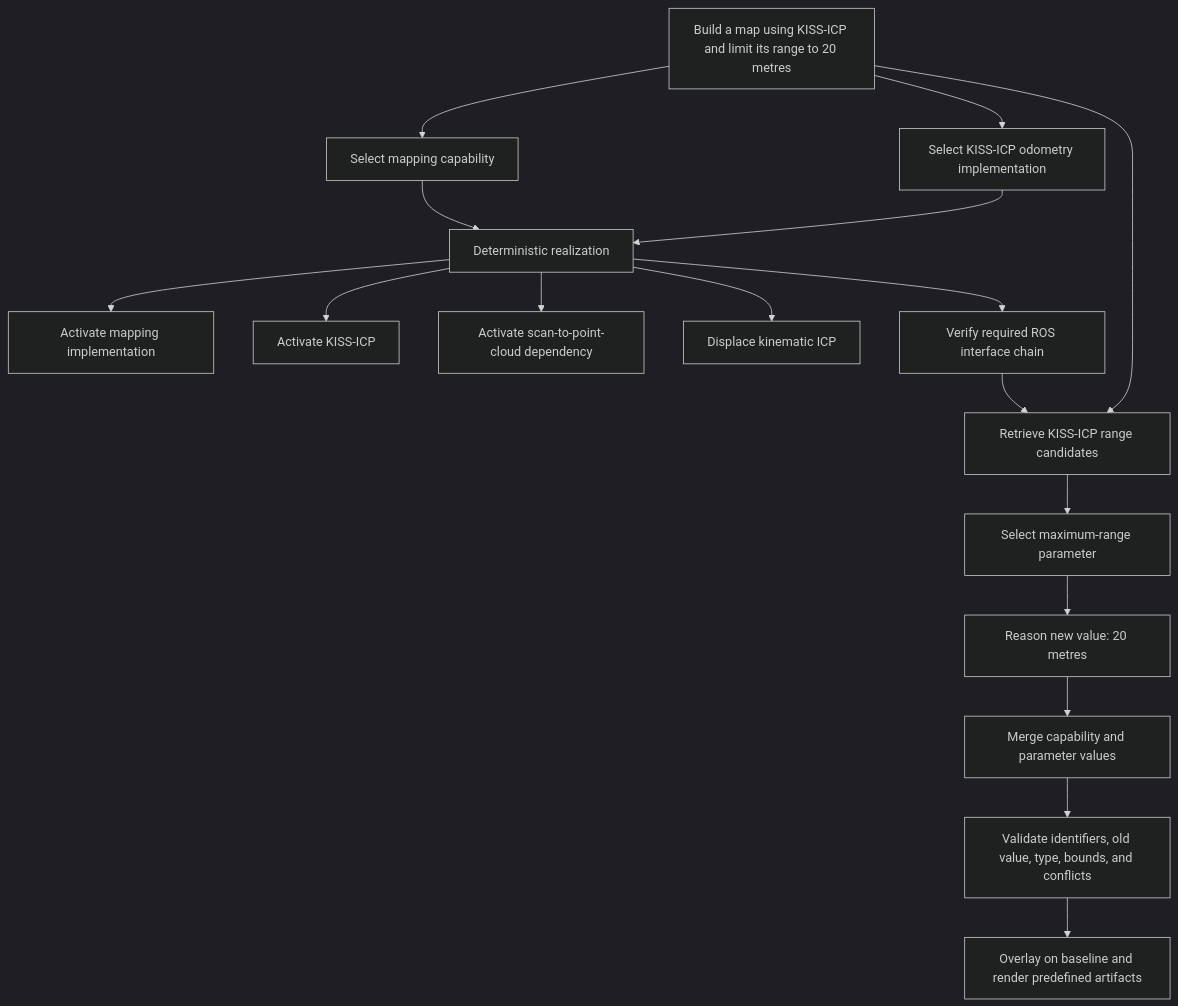
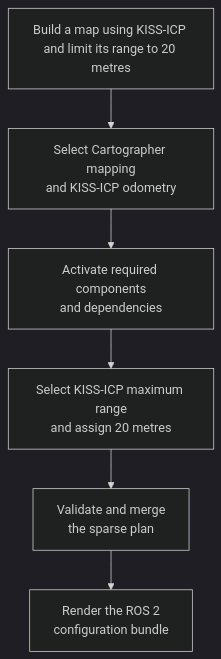
One commit to AlfredPietraru/dizertatie changed the sixth of 6 diagrams in zresearch_report/sections/proposed_solution_diagrams.md. Above: the diagram before and after it, drawn with Mermaid (dark theme). The commit also changed other lines of this file and 13 other files, not shown here.

````diff
--- a/zresearch_report/sections/proposed_solution_diagrams.md
+++ b/zresearch_report/sections/proposed_solution_diagrams.md
@@ -128,21 +70,9 @@
 ```mermaid
 flowchart TD
     U[Build a map using KISS-ICP and limit its range to 20 metres]
-    U --> C1[Select mapping capability]
-    U --> C2[Select KISS-ICP odometry implementation]
-    C1 --> R[Deterministic realization]
-    C2 --> R
-    R --> R1[Activate mapping implementation]
-    R --> R2[Activate KISS-ICP]
-    R --> R3[Activate scan-to-point-cloud dependency]
-    R --> R4[Displace kinematic ICP]
-
-    R --> O[Verify required ROS interface chain]
-    O --> P[Retrieve KISS-ICP range candidates]
-    U --> P
-    P --> S[Select maximum-range parameter]
-    S --> V[Reason new value: 20 metres]
-    V --> PLAN[Merge capability and parameter values]
-    PLAN --> CHECK[Validate identifiers, old value, type, bounds, and conflicts]
-    CHECK --> APPLY[Overlay on baseline and render predefined artifacts]
+    U --> CAP[Select Cartographer mapping<br/>and KISS-ICP odometry]
+    CAP --> REAL[Activate required components<br/>and dependencies]
+    REAL --> PARAM[Select KISS-ICP maximum range<br/>and assign 20 metres]
+    PARAM --> CHECK[Validate and merge<br/>the sparse plan]
+    CHECK --> APPLY[Render the ROS 2<br/>configuration bundle]
 ```
````
